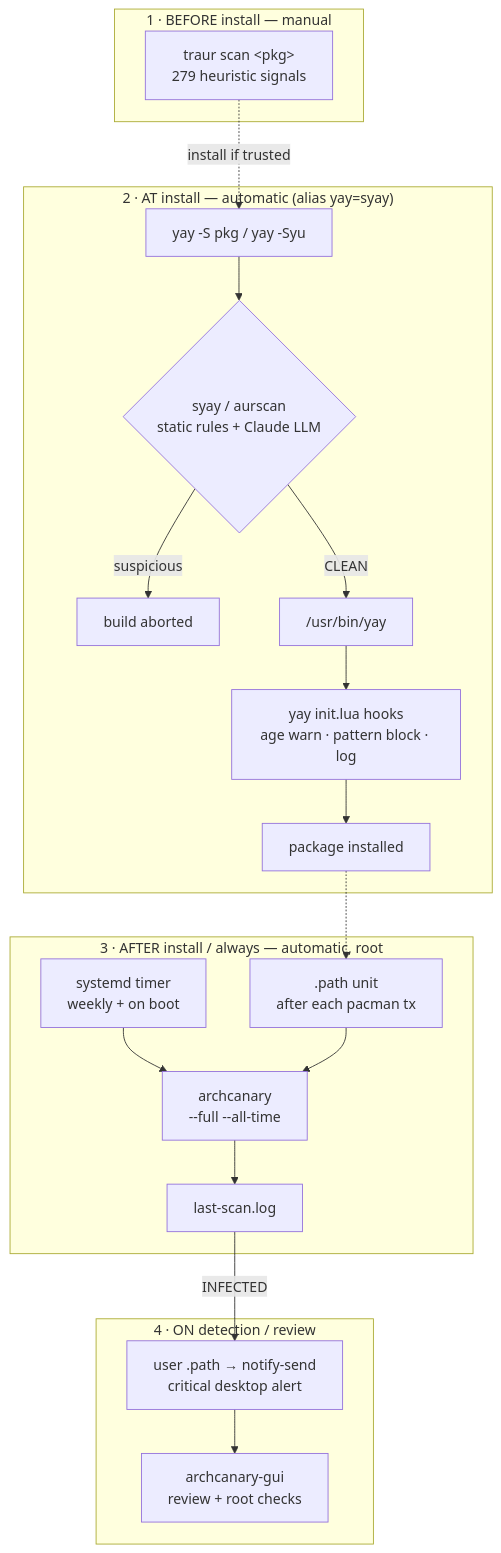
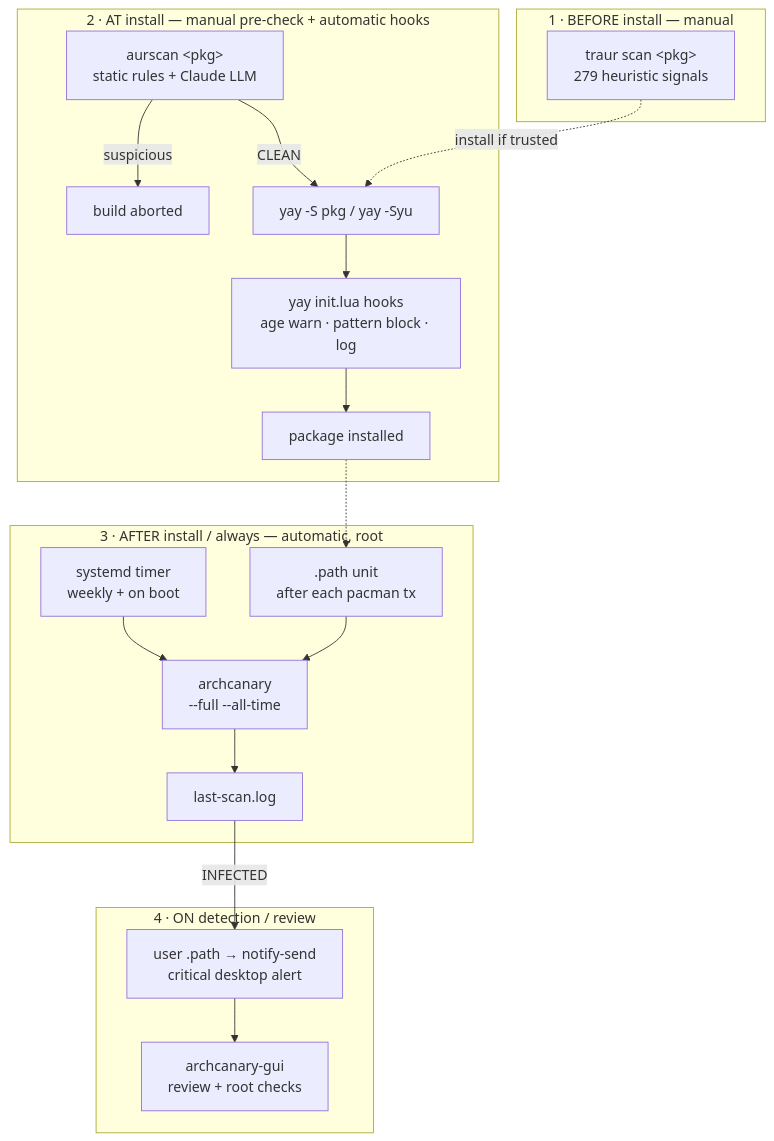
The diagram in docs/overview.md (musqz/archcanary), drawn with Mermaid before and after one commit. The commit also changed other lines of this file and 5 other files, not shown here.

First line of the commit message:
refactor: remove syay alias, seed yay init.lua via install.sh

````diff
--- a/docs/overview.md
+++ b/docs/overview.md
@@ -10,28 +10,27 @@
 ```mermaid
 flowchart TD
     subgraph PRE["1 · BEFORE install — manual"]
         T["traur scan &lt;pkg&gt;<br/>279 heuristic signals"]
     end
 
-    subgraph AT["2 · AT install — automatic (alias yay=syay)"]
-        U["yay -S pkg / yay -Syu"] --> SY{"syay / aurscan<br/>static rules + Claude LLM"}
-        SY -->|suspicious| AB["build aborted"]
-        SY -->|CLEAN| Y["/usr/bin/yay"]
-        Y --> LUA["yay init.lua hooks<br/>age warn · pattern block · log"]
+    subgraph AT["2 · AT install — manual pre-check + automatic hooks"]
+        AS["aurscan &lt;pkg&gt;<br/>static rules + Claude LLM"] -->|suspicious| AB["build aborted"]
+        AS -->|CLEAN| U["yay -S pkg / yay -Syu"]
+        U --> LUA["yay init.lua hooks<br/>age warn · pattern block · log"]
         LUA --> OK["package installed"]
     end
 
     subgraph AFTER["3 · AFTER install / always — automatic, root"]
         TIM["systemd timer<br/>weekly + on boot"] --> SCAN["archcanary<br/>--full --all-time"]
         PTH[".path unit<br/>after each pacman tx"] --> SCAN
         SCAN --> LOG["last-scan.log"]
     end
 
     subgraph ALERT["4 · ON detection / review"]
         LOG -->|INFECTED| NOT["user .path → notify-send<br/>critical desktop alert"]
         NOT --> GUI["archcanary-gui<br/>review + root checks"]
     end
 
     T -.->|install if trusted| U
     OK -.-> PTH
 ```
````
